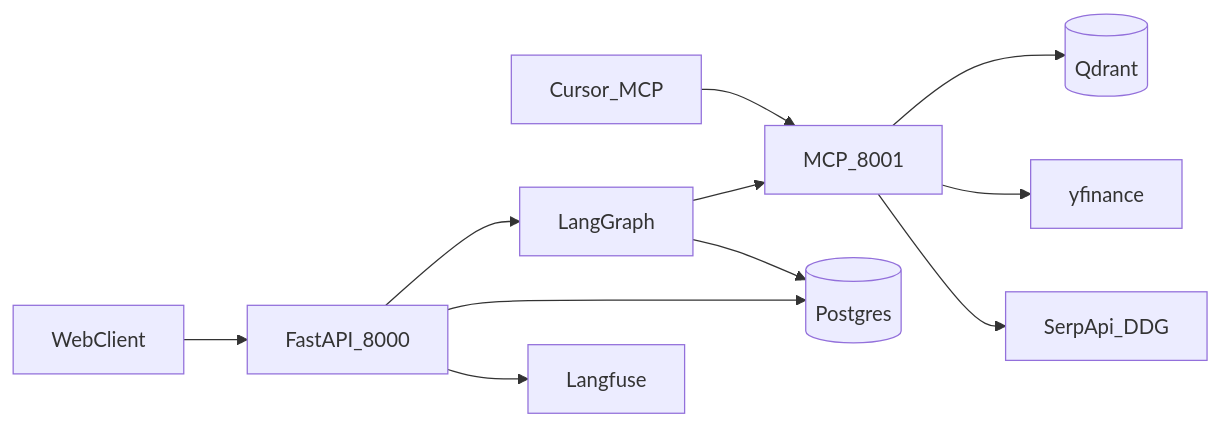
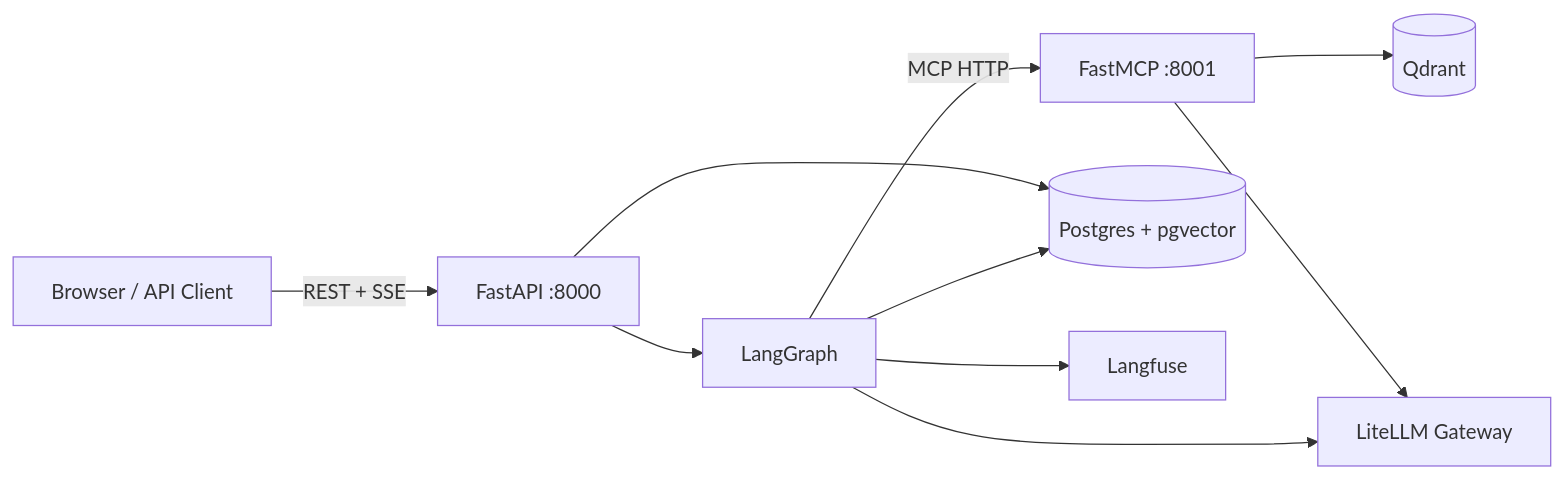
One commit to BeketML/ZimShire changed the first of 2 diagrams in README.md. Above: the diagram before and after it, drawn with Mermaid. The commit also changed other lines of this file and 3 other files, not shown here.

````diff
--- a/README.md
+++ b/README.md
@@ -35,13 +28,21 @@
 ```mermaid
 flowchart LR
-    Client[WebClient] --> API[FastAPI_8000]
-    IDE[Cursor_MCP] --> MCP[MCP_8001]
-    API --> Graph[LangGraph]
-    Graph --> MCP
-    MCP --> Qdrant[(Qdrant)]
-    MCP --> YF[yfinance]
-    MCP --> Web[SerpApi_DDG]
-    API --> PG[(Postgres)]
+    Client[Browser / API Client]
+    API[FastAPI :8000]
+    MCP[FastMCP :8001]
+    Graph[LangGraph]
+    PG[(Postgres + pgvector)]
+    QD[(Qdrant)]
+    LF[Langfuse]
+    LLM[LiteLLM Gateway]
+
+    Client -->|REST + SSE| API
+    API --> Graph
+    Graph -->|MCP HTTP| MCP
+    MCP --> QD
+    MCP --> LLM
+    Graph --> LLM
+    API --> PG
     Graph --> PG
-    API --> LF[Langfuse]
+    Graph --> LF
 ```
````
